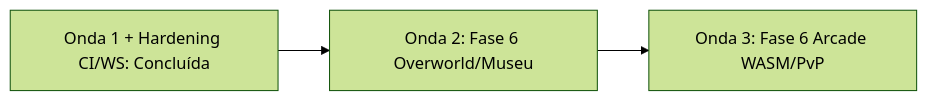
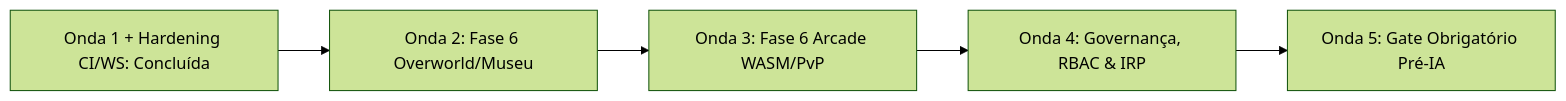
The third of 3 diagrams in docs/13-dossie-de-seguranca-e-blindagem.md (Digooow/pokedex-frontend), drawn with Mermaid (forest theme) before and after one commit. The commit also changed other lines of this file and 6 other files, not shown here.

````diff
--- a/docs/13-dossie-de-seguranca-e-blindagem.md
+++ b/docs/13-dossie-de-seguranca-e-blindagem.md
@@ -256,5 +338,7 @@
 ```mermaid
 flowchart LR
   O1["Onda 1 + Hardening CI/WS: Concluída"] --> O2["Onda 2: Fase 6 Overworld/Museu"]
   O2 --> O3["Onda 3: Fase 6 Arcade WASM/PvP"]
+  O3 --> O4["Onda 4: Governança, RBAC & IRP"]
+  O4 --> O5["Onda 5: Gate Obrigatório Pré-IA"]
 ```
````
